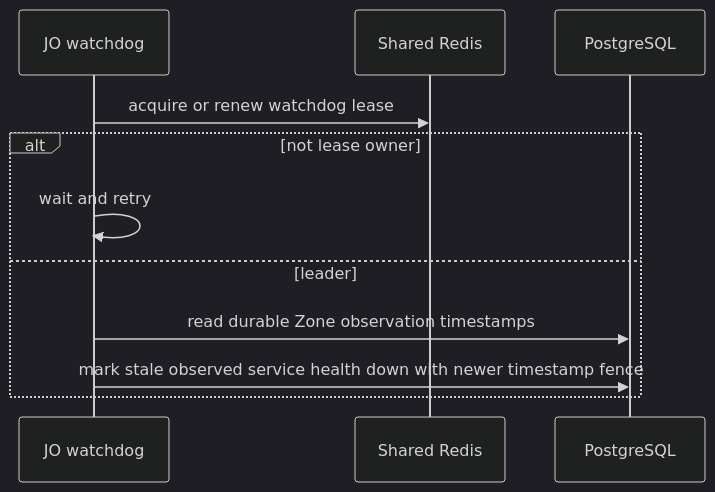
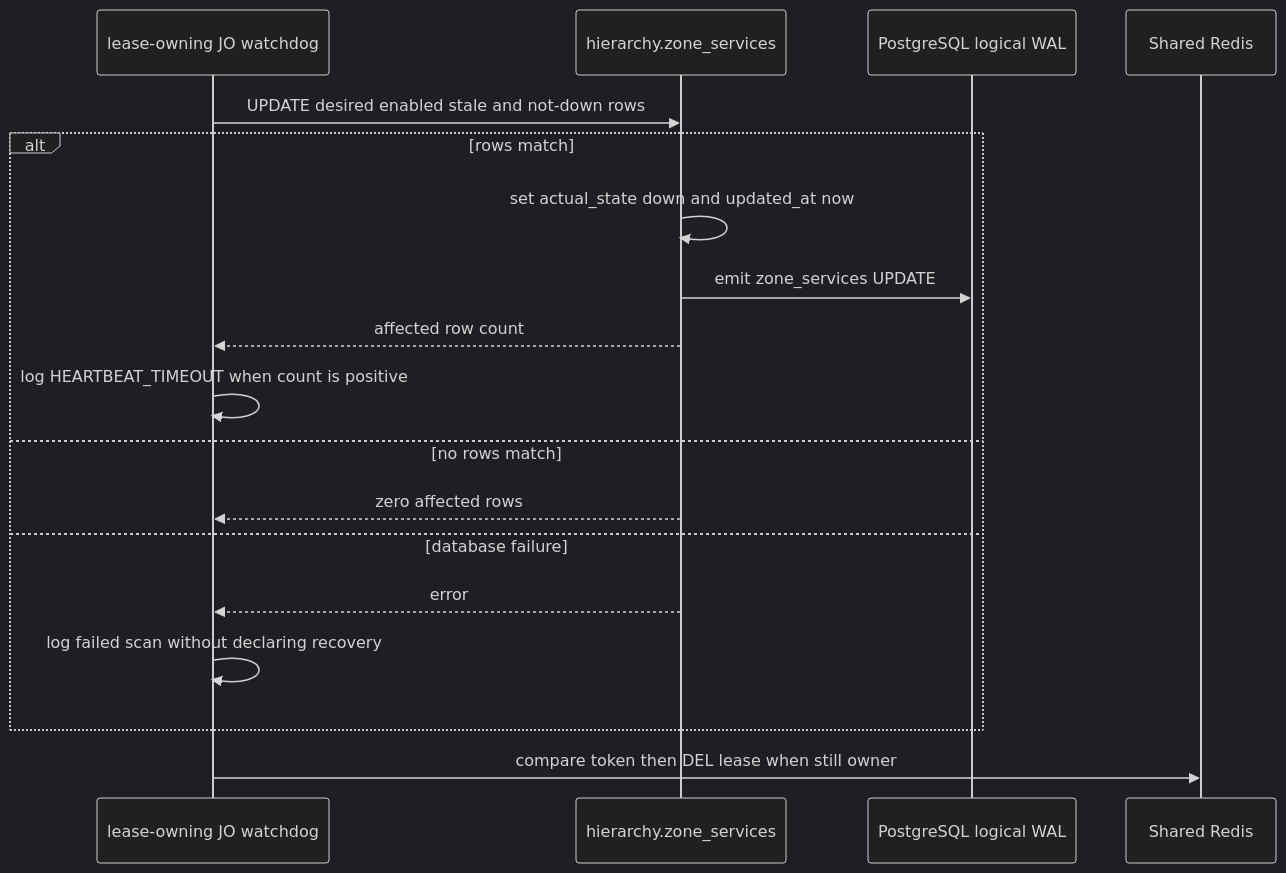
Before and after one commit to phucle996/aurora: the second of 3 diagrams in god_view/zone_runtime/zone_health_watchdog_god_view_workflow.md, drawn with Mermaid (dark theme). The commit also changed other lines of this file and 68 other files, not shown here.

Commit message:
refactor zone storage transfer and update architecture docs

````diff
--- a/god_view/zone_runtime/zone_health_watchdog_god_view_workflow.md
+++ b/god_view/zone_runtime/zone_health_watchdog_god_view_workflow.md
@@ -29,13 +89,21 @@
 ```mermaid
 sequenceDiagram
-    participant W as JO watchdog
+    participant W as lease-owning JO watchdog
+    participant PG as hierarchy.zone_services
+    participant WAL as PostgreSQL logical WAL
     participant R as Shared Redis
-    participant PG as PostgreSQL
-    W->>R: acquire or renew watchdog lease
-    alt not lease owner
-        W->>W: wait and retry
-    else leader
-        W->>PG: read durable Zone observation timestamps
-        W->>PG: mark stale observed service health down with newer timestamp fence
+
+    W->>PG: UPDATE desired enabled stale and not-down rows
+    alt rows match
+        PG->>PG: set actual_state down and updated_at now
+        PG->>WAL: emit zone_services UPDATE
+        PG-->>W: affected row count
+        W->>W: log HEARTBEAT_TIMEOUT when count is positive
+    else no rows match
+        PG-->>W: zero affected rows
+    else database failure
+        PG-->>W: error
+        W->>W: log failed scan without declaring recovery
     end
+    W->>R: compare token then DEL lease when still owner
 ```
````
